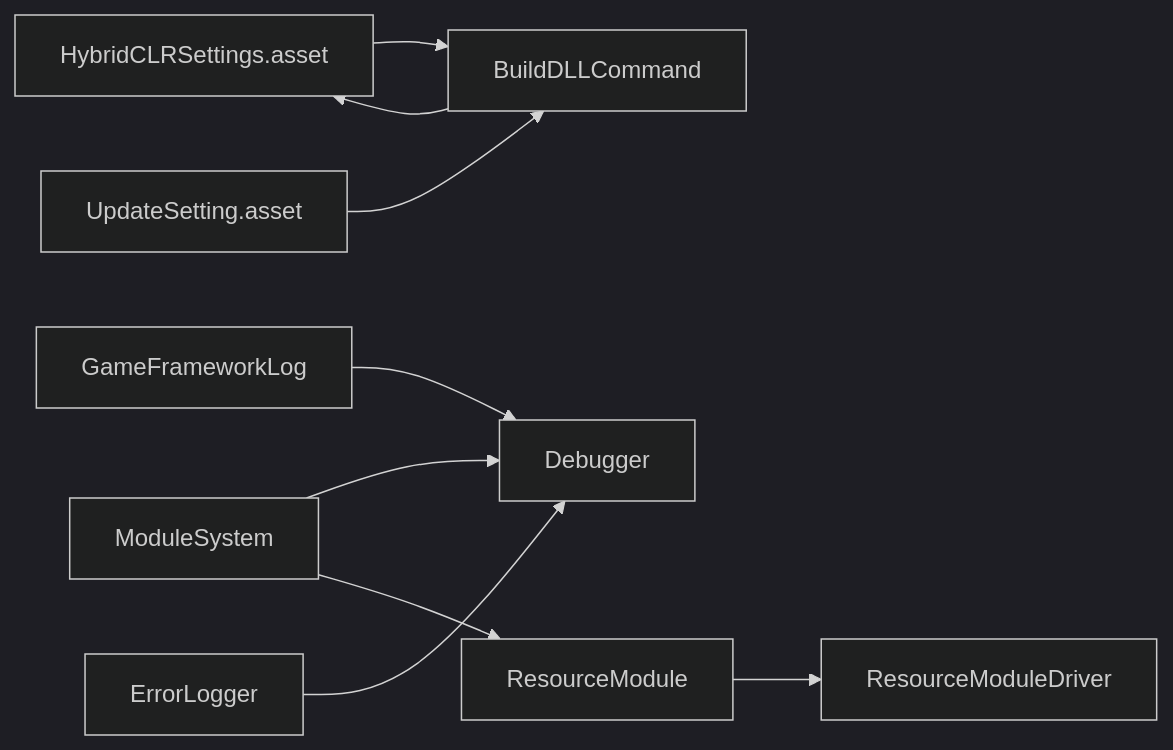
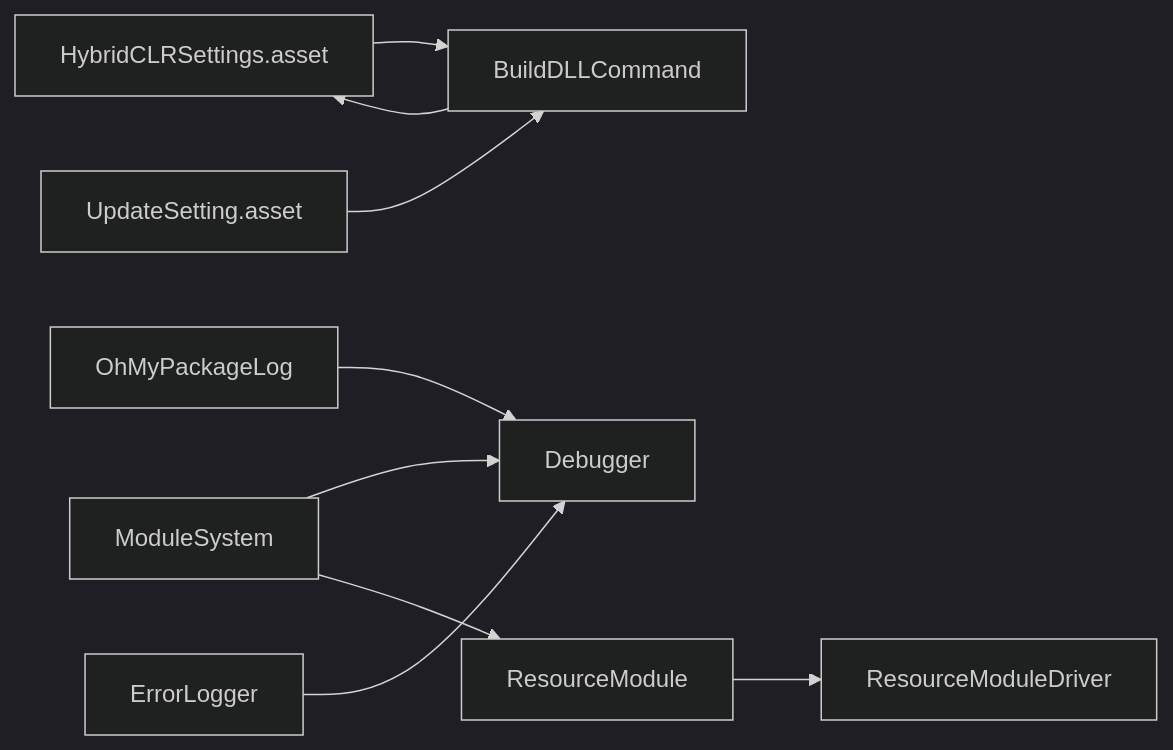
One commit to OxygenIsland/MyGame changed the seventh of 7 diagrams in repowiki/zh/content/开发者指南/故障排除指南/故障排除指南.md. Above: the diagram before and after it, drawn with Mermaid (dark theme). The commit also changed other lines of this file and 34 other files, not shown here.

````diff
--- a/repowiki/zh/content/开发者指南/故障排除指南/故障排除指南.md
+++ b/repowiki/zh/content/开发者指南/故障排除指南/故障排除指南.md
@@ -324,11 +324,11 @@
 ```mermaid
 graph LR
 HCS["HybridCLRSettings.asset"] --> HC["BuildDLLCommand"]
 US["UpdateSetting.asset"] --> HC
 HC --> HCS
 MS["ModuleSystem"] --> DBG["Debugger"]
 MS --> RM["ResourceModule"]
 RM --> RMD["ResourceModuleDriver"]
-GL["GameFrameworkLog"] --> DBG
+GL["OhMyPackageLog"] --> DBG
 EL["ErrorLogger"] --> DBG
 ```
````
